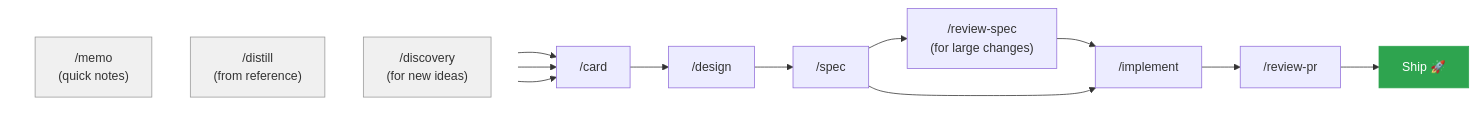
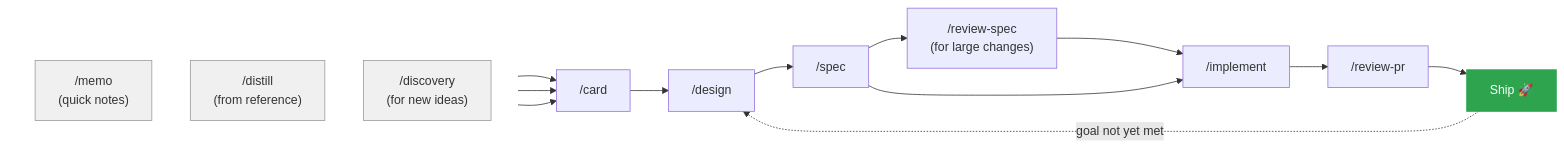
One commit to hughcameron/orbit changed the diagram in README.md. Above: the diagram before and after it, drawn with Mermaid. The commit also changed other lines of this file, not shown here.

First line of the commit message:
README: show multi-spec loop in diagram and describe iterative goal pursuit

````diff
--- a/README.md
+++ b/README.md
@@ -65,28 +67,29 @@
 ```mermaid
 flowchart LR
     subgraph entry [" "]
         direction TB
         Memo["/memo<br/>(quick notes)"]
         Distill["/distill<br/>(from reference)"]
         Discovery["/discovery<br/>(for new ideas)"]
     end
     Card["/card"]
     Design["/design"]
     Spec["/spec"]
     ReviewSpec["/review-spec<br/>(for large changes)"]
     Implement["/implement"]
     ReviewPR["/review-pr"]
     Ship["Ship 🚀"]
     Memo --> Card
     Distill --> Card
     Discovery --> Card
     Card --> Design --> Spec
     Spec --> ReviewSpec --> Implement
     Spec --> Implement
     Implement --> ReviewPR --> Ship
+    Ship -.->|"goal not yet met"| Design
     style entry fill:none,stroke:none
     style Discovery fill:#f0f0f0,stroke:#999,color:#333
     style Distill fill:#f0f0f0,stroke:#999,color:#333
     style Memo fill:#f0f0f0,stroke:#999,color:#333
     style Ship fill:#2ea44f,stroke:#2ea44f,color:#fff
 ```
````
